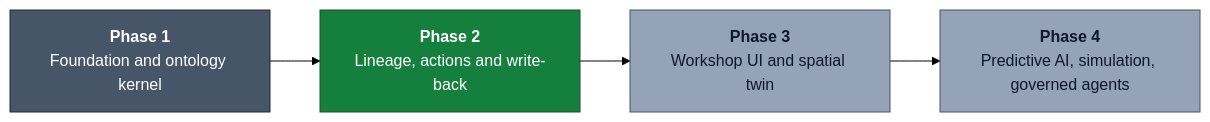
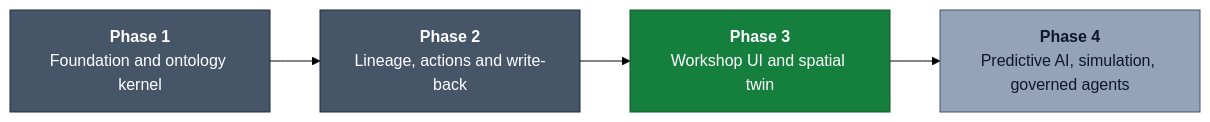
One commit to veerendra-saraswathi/S2 changed the fifth of 5 diagrams in README.md. Above: the diagram before and after it, drawn with Mermaid (forest theme). The commit also changed other lines of this file and 41 other files, not shown here.

First line of the commit message:
Phase 3, slice 1: the Workshop UI

````diff
--- a/README.md
+++ b/README.md
@@ -334,13 +336,13 @@
 ```mermaid
 flowchart LR
     p1["<b>Phase 1</b><br/>Foundation and ontology kernel"]:::done
-    p2["<b>Phase 2</b><br/>Lineage, actions and write-back"]:::now
-    p3["<b>Phase 3</b><br/>Workshop UI and spatial twin"]:::later
+    p2["<b>Phase 2</b><br/>Lineage, actions and write-back"]:::done
+    p3["<b>Phase 3</b><br/>Workshop UI and spatial twin"]:::now
     p4["<b>Phase 4</b><br/>Predictive AI, simulation, governed agents"]:::later
     p1 --> p2 --> p3 --> p4
 
     classDef done fill:#475569,stroke:#1e293b,color:#ffffff
     classDef now fill:#15803d,stroke:#14532d,color:#ffffff
     classDef next fill:#2563eb,stroke:#1e3a8a,color:#ffffff
     classDef later fill:#94a3b8,stroke:#475569,color:#0f172a
 ```
````
